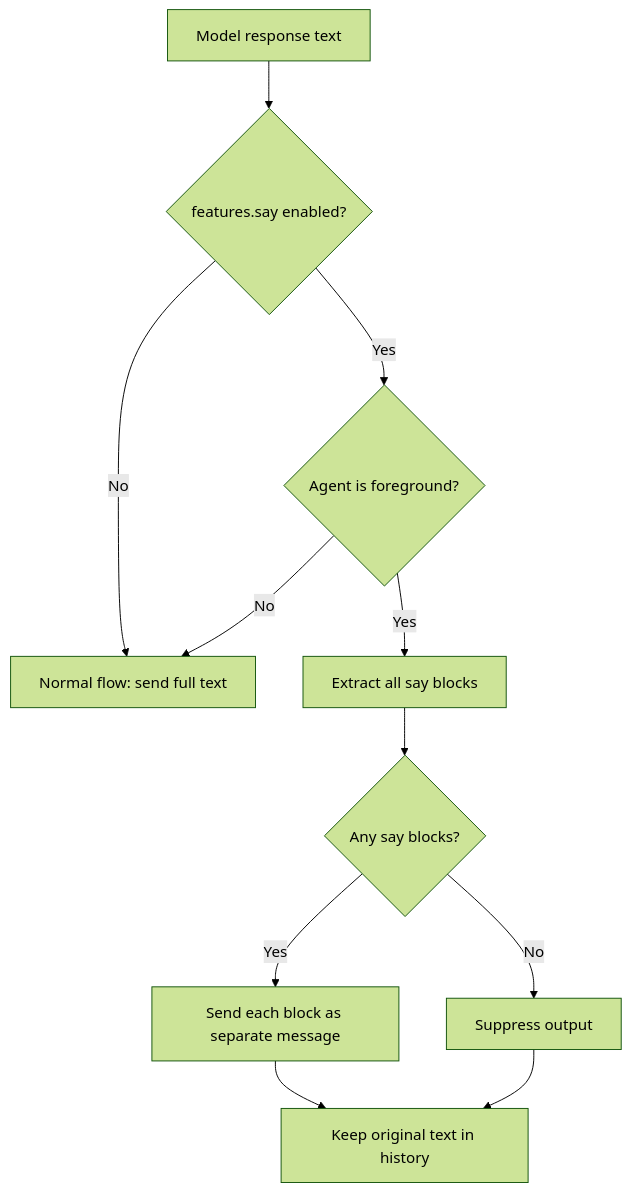
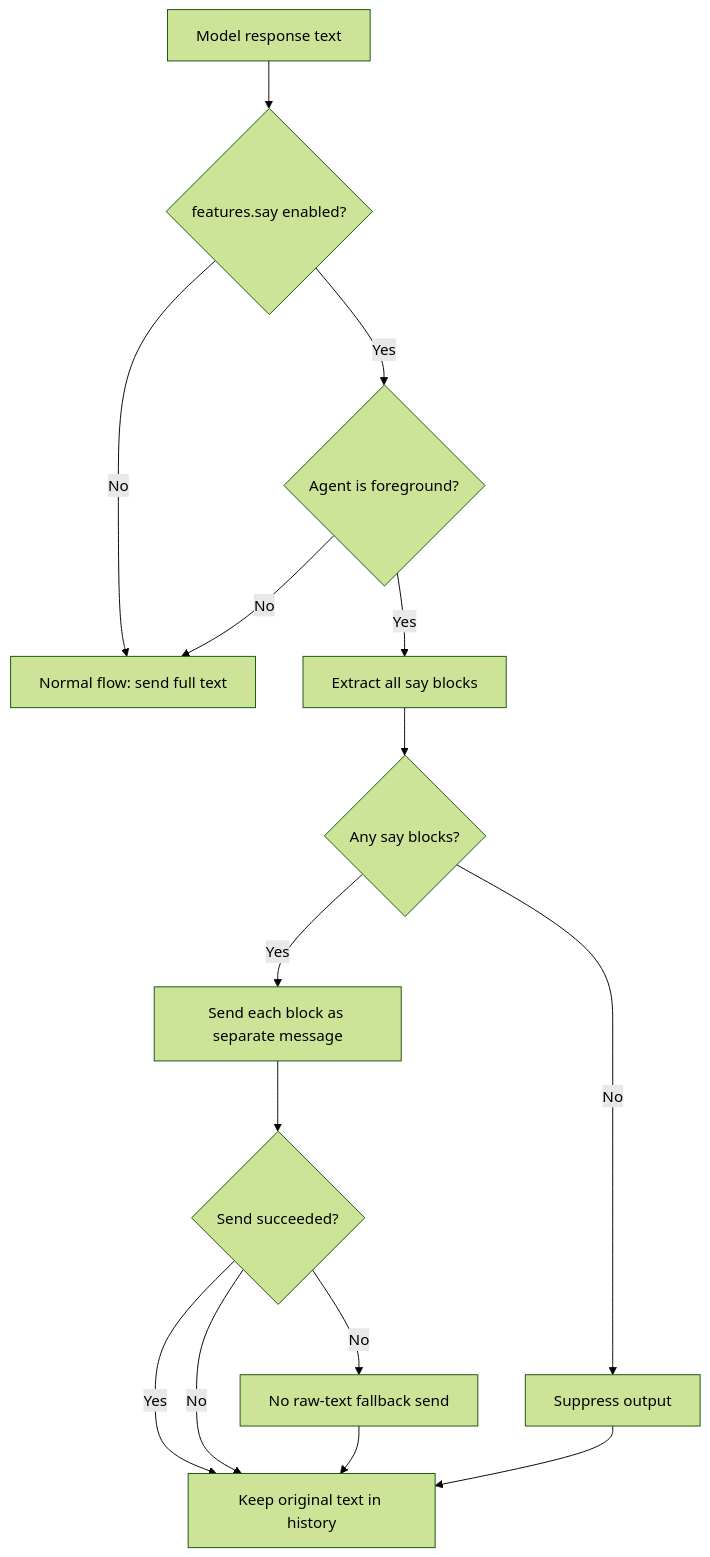
Before and after one commit to ex3ndr/daycare: the third of 3 diagrams in doc/internals/features-config.md, drawn with Mermaid (forest theme). The commit also changed other lines of this file and 2 other files, not shown here.

Commit message:
fix(agents): prevent duplicate say message fallback

````diff
--- a/doc/internals/features-config.md
+++ b/doc/internals/features-config.md
@@ -77,13 +78,17 @@
 ```mermaid
 flowchart TD
   A[Model response text] --> B{features.say enabled?}
   B -->|No| C[Normal flow: send full text]
   B -->|Yes| D{Agent is foreground?}
   D -->|No| C
   D -->|Yes| E[Extract all say blocks]
   E --> F{Any say blocks?}
   F -->|No| G[Suppress output]
   F -->|Yes| H[Send each block as separate message]
-  H --> I[Keep original text in history]
-  G --> I
+  H --> I{Send succeeded?}
+  I -->|Yes| J[Keep original text in history]
+  I -->|No| J
+  I -->|No| K[No raw-text fallback send]
+  K --> J
+  G --> J
 ```
````
